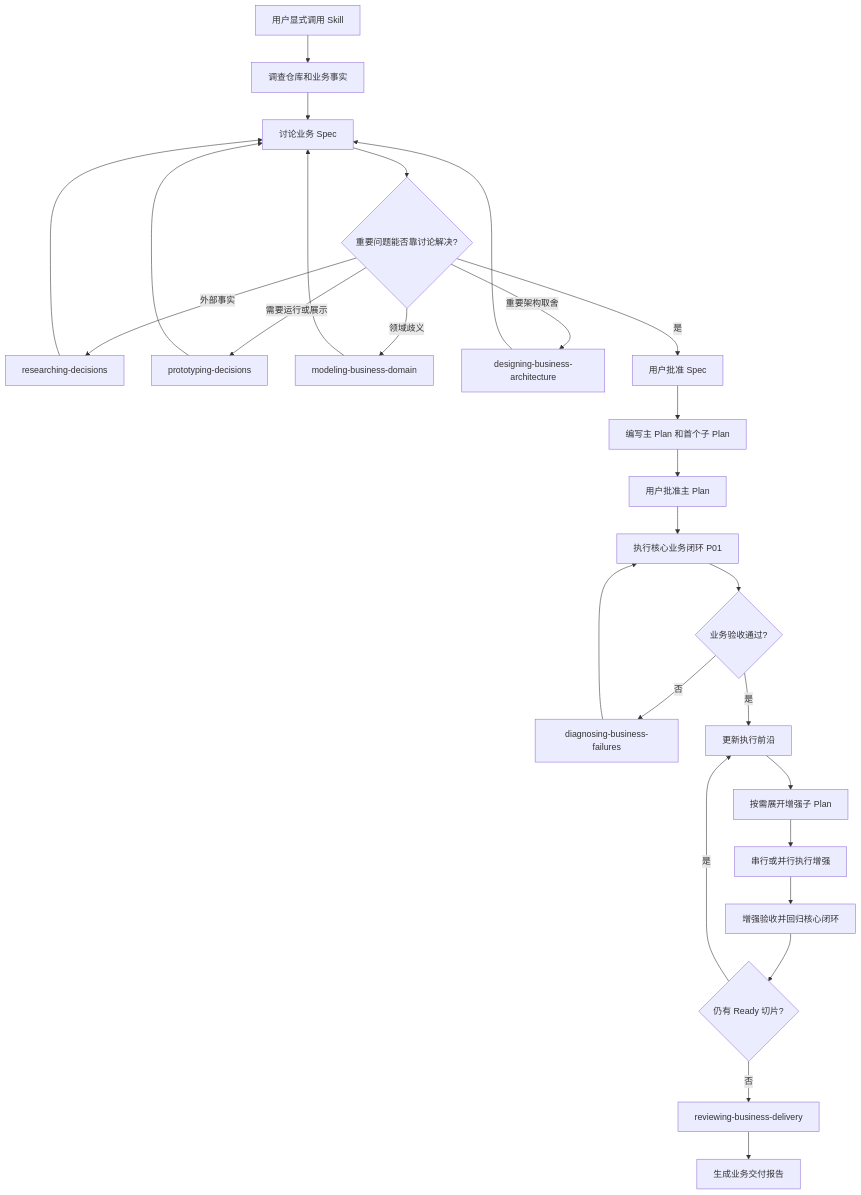
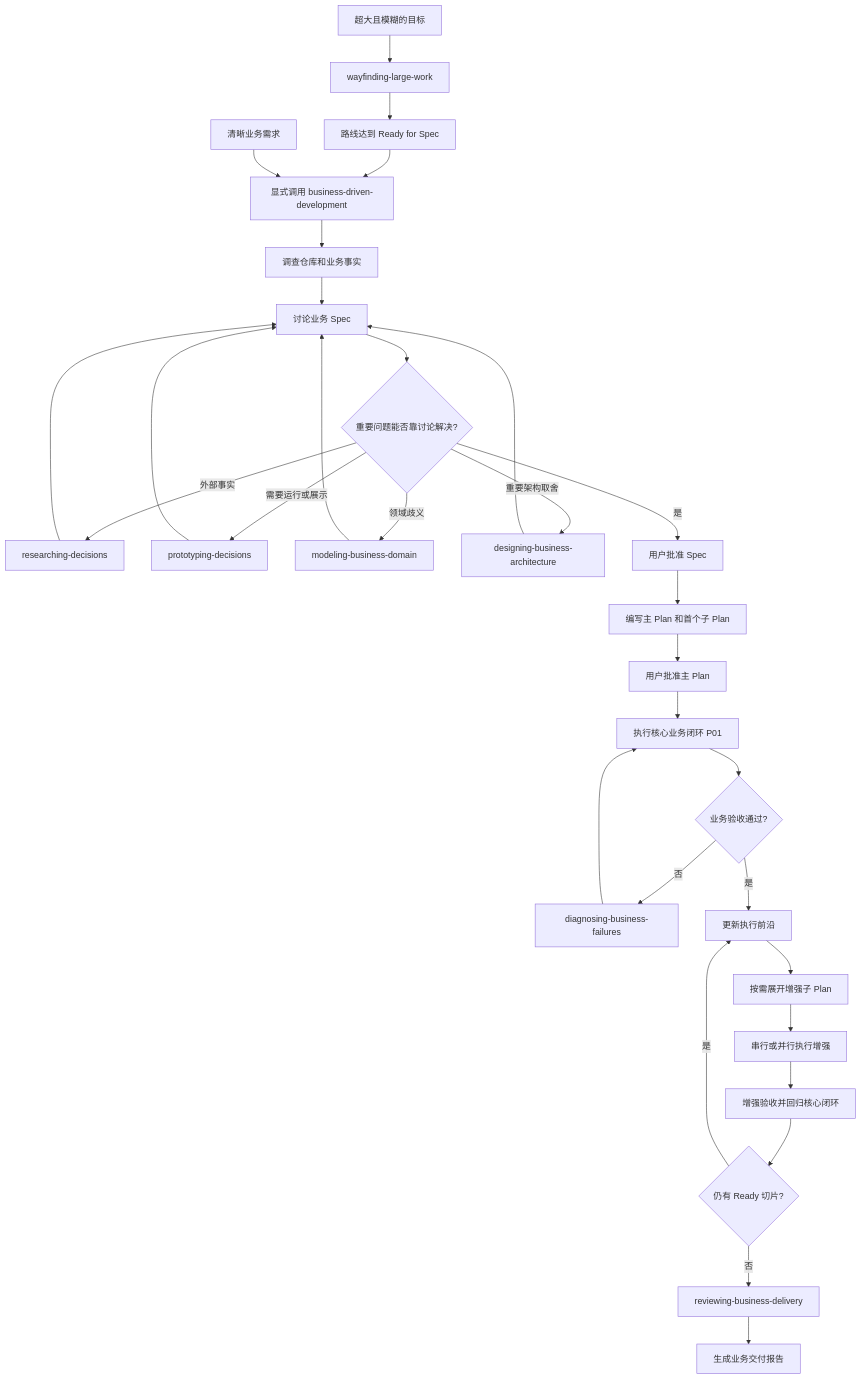
The diagram in SKILL-WORKFLOW.md (JeckChen666/Easypower), drawn with Mermaid before and after one commit. The commit also changed other lines of this file and 8 other files, not shown here.

Commit message:
feat: add large work wayfinding skill

````diff
--- a/SKILL-WORKFLOW.md
+++ b/SKILL-WORKFLOW.md
@@ -25,29 +25,33 @@
 ```mermaid
 flowchart TD
-    A[用户显式调用 Skill] --> B[调查仓库和业务事实]
-    B --> C[讨论业务 Spec]
+    Z[超大且模糊的目标] --> W[wayfinding-large-work]
+    W --> A[路线达到 Ready for Spec]
+    A --> B[显式调用 business-driven-development]
+    Y[清晰业务需求] --> B
+    B --> B1[调查仓库和业务事实]
+    B1 --> C[讨论业务 Spec]
     C --> D{重要问题能否靠讨论解决?}
     D -- 外部事实 --> E[researching-decisions]
     D -- 需要运行或展示 --> E3[prototyping-decisions]
     D -- 领域歧义 --> E4[modeling-business-domain]
     D -- 重要架构取舍 --> E2[designing-business-architecture]
     E --> C
     E3 --> C
     E4 --> C
     E2 --> C
     D -- 是 --> F[用户批准 Spec]
     F --> G[编写主 Plan 和首个子 Plan]
     G --> H[用户批准主 Plan]
     H --> I[执行核心业务闭环 P01]
     I --> J{业务验收通过?}
     J -- 否 --> K[diagnosing-business-failures]
     K --> I
     J -- 是 --> L[更新执行前沿]
     L --> M[按需展开增强子 Plan]
     M --> N[串行或并行执行增强]
     N --> O[增强验收并回归核心闭环]
     O --> P{仍有 Ready 切片?}
     P -- 是 --> L
     P -- 否 --> V[reviewing-business-delivery]
     V --> Q[生成业务交付报告]
 ```
````
